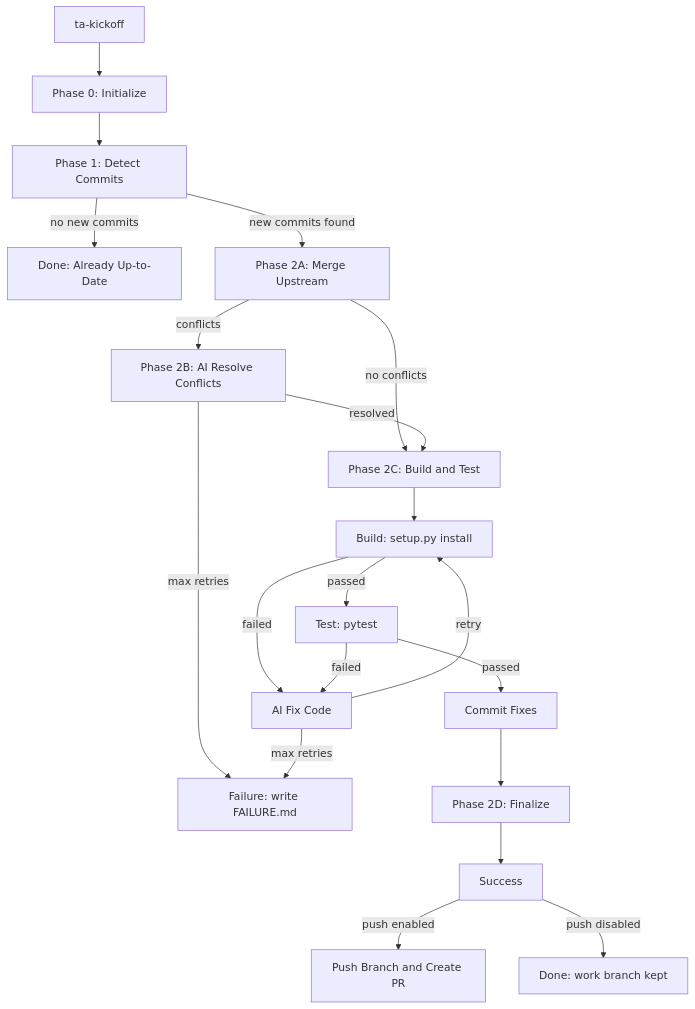
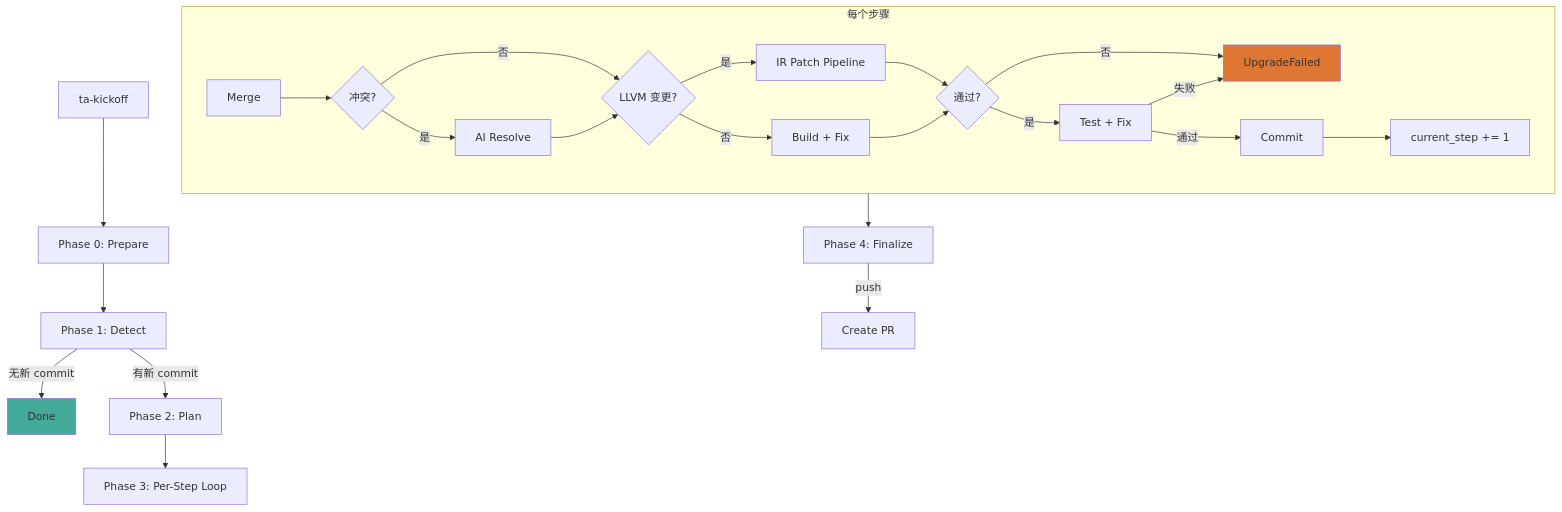
Before and after one commit to TecJesh/main2main_workflow: the first of 2 diagrams in docs/workflow.md, drawn with Mermaid. The commit also changed other lines of this file and 2 other files, not shown here.

Commit message:
[Workflow](refactor) Simplify IR patch pipeline: apply existing patch first

````diff
--- a/docs/workflow.md
+++ b/docs/workflow.md
@@ -1,23 +3,30 @@
 ```mermaid
 flowchart TD
-    A["ta-kickoff"]
-    A --> B["Phase 0: Initialize"]
-    B --> C["Phase 1: Detect Commits"]
-    C -->|no new commits| D["Done: Already Up-to-Date"]
-    C -->|new commits found| E["Phase 2A: Merge Upstream"]
-    E -->|conflicts| F["Phase 2B: AI Resolve Conflicts"]
-    E -->|no conflicts| G["Phase 2C: Build and Test"]
-    F -->|resolved| G
-    F -->|max retries| H["Failure: write FAILURE.md"]
-    G --> G1["Build: setup.py install"]
-    G1 -->|failed| I["AI Fix Code"]
-    G1 -->|passed| G2["Test: pytest"]
-    G2 -->|failed| I
-    G2 -->|passed| J["Commit Fixes"]
-    I -->|retry| G1
-    I -->|max retries| H
-    J --> K["Phase 2D: Finalize"]
-    K --> L["Success"]
-    L -->|push enabled| M["Push Branch and Create PR"]
-    L -->|push disabled| N["Done: work branch kept"]
+    A["ta-kickoff"] --> B["Phase 0: Prepare"]
+    B --> C["Phase 1: Detect"]
+    C -->|无新 commit| D["Done"]
+    C -->|有新 commit| E["Phase 2: Plan"]
+    E --> F["Phase 3: Per-Step Loop"]
+
+    subgraph STEP["每个步骤"]
+        F1["Merge"] --> F2{冲突?}
+        F2 -->|是| F3["AI Resolve"]
+        F2 -->|否| F4{LLVM 变更?}
+        F3 --> F4
+        F4 -->|是| F5["IR Patch Pipeline"]
+        F4 -->|否| F6["Build + Fix"]
+        F5 --> F7{通过?}
+        F6 --> F7
+        F7 -->|否| FAIL["UpgradeFailed"]
+        F7 -->|是| F8["Test + Fix"]
+        F8 -->|失败| FAIL
+        F8 -->|通过| F9["Commit"]
+        F9 --> F10["current_step += 1"]
+    end
+
+    STEP --> G["Phase 4: Finalize"]
+    G -->|push| PR["Create PR"]
+
+    style FAIL fill:#d73
+    style D fill:#4a9
 ```
````
